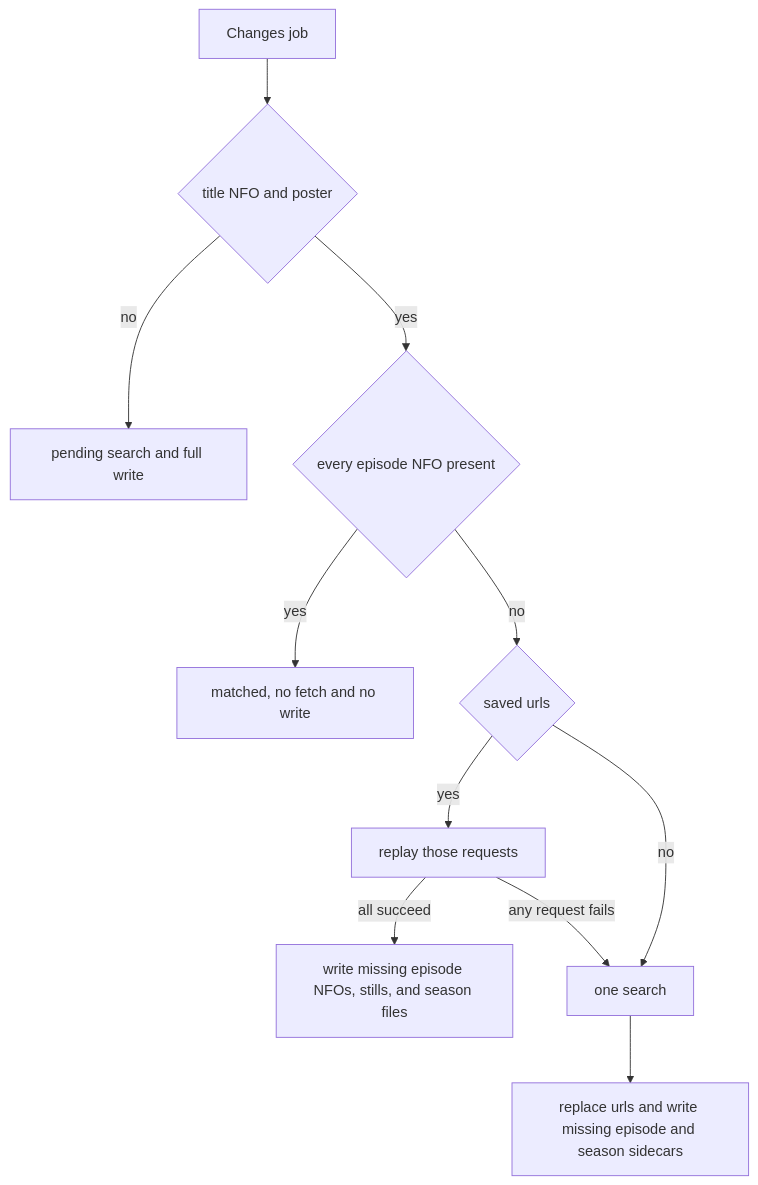
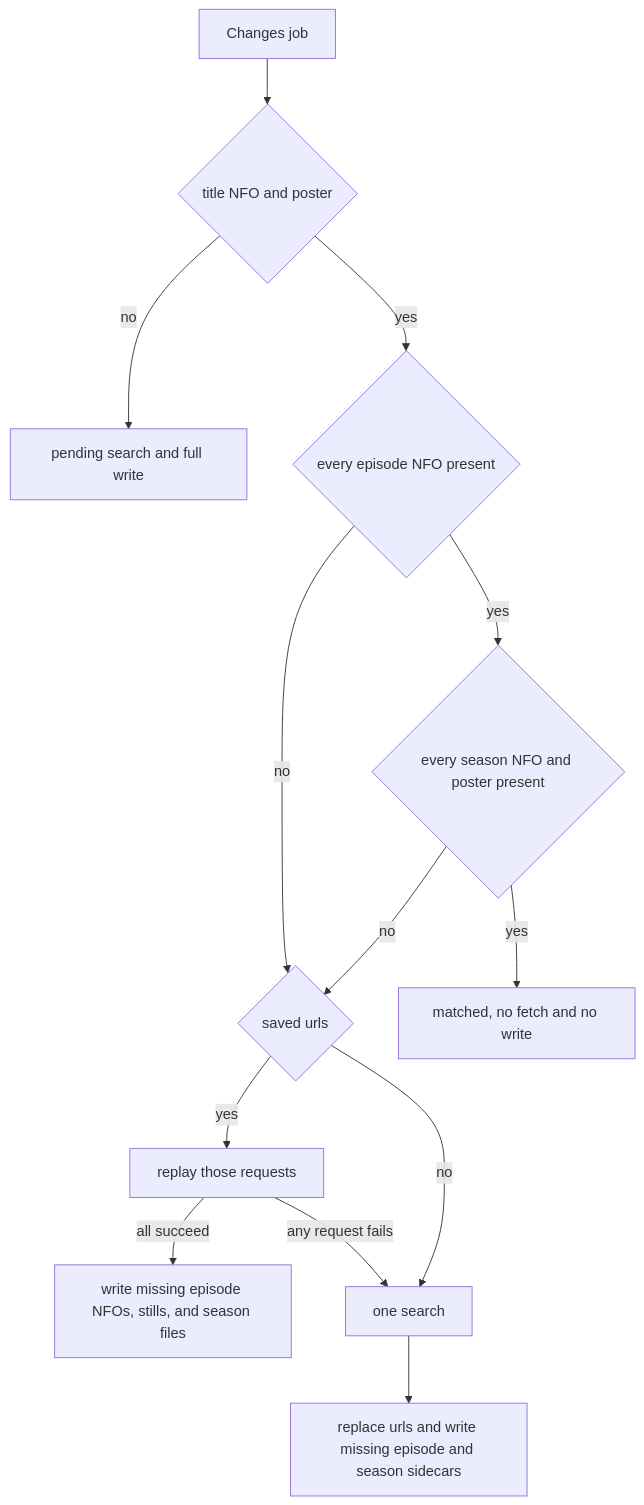
Before and after one commit to AlyShmahell/MatchMedia: the diagram in docs/manual.md, drawn with Mermaid. The commit also changed other lines of this file and 6 other files, not shown here.

First line of the commit message:
Write now saves each season into the folder that already holds its episodes.

````diff
--- a/docs/manual.md
+++ b/docs/manual.md
@@ -62,14 +62,16 @@
 ```mermaid
 flowchart TD
   changes[Changes job]
   changes --> title{"title NFO and poster"}
   title -->|no| full["pending search and full write"]
   title -->|yes| episodes{"every episode NFO present"}
-  episodes -->|yes| done["matched, no fetch and no write"]
   episodes -->|no| saved{"saved urls"}
+  episodes -->|yes| seasons{"every season NFO and poster present"}
+  seasons -->|yes| done["matched, no fetch and no write"]
+  seasons -->|no| saved
   saved -->|yes| replay[replay those requests]
   replay -->|"all succeed"| gaps["write missing episode NFOs, stills, and season files"]
   replay -->|"any request fails"| search[one search]
   saved -->|no| search
   search --> rewrite["replace urls and write missing episode and season sidecars"]
 ```
````
